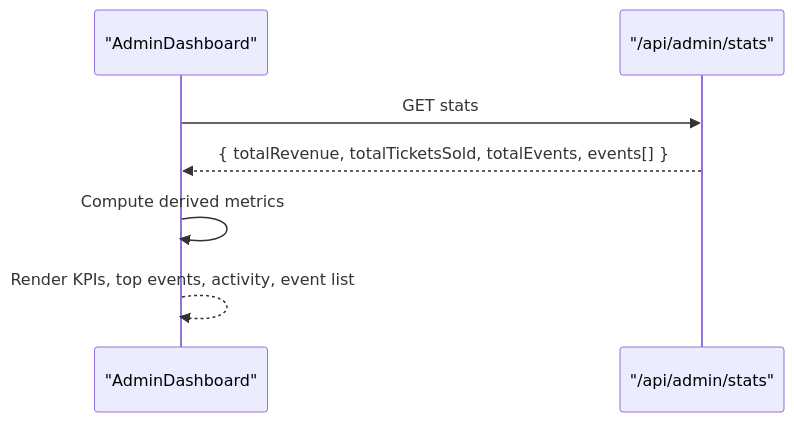
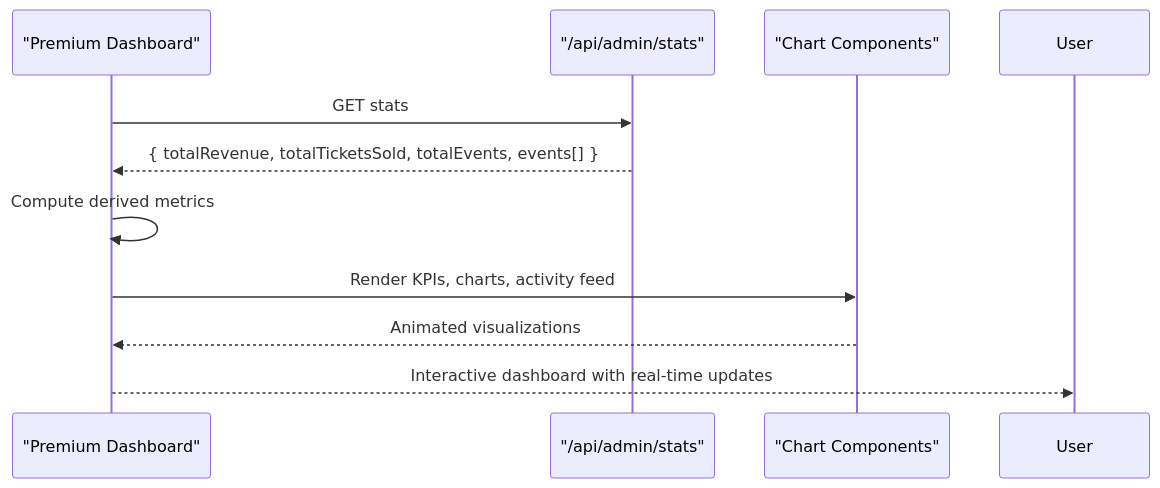
The fourth of 10 diagrams in .qoder/repowiki/en/content/Admin Dashboard/Admin Dashboard.md (ObeyMuchechesi/TicketFlow), drawn with Mermaid before and after one commit. The commit also changed other lines of this file and 12 other files, not shown here.

First line of the commit message:
docs: EcoCash schema columns and project documentation refresh

````diff
--- a/.qoder/repowiki/en/content/Admin Dashboard/Admin Dashboard.md
+++ b/.qoder/repowiki/en/content/Admin Dashboard/Admin Dashboard.md
@@ -188,9 +221,12 @@
 ```mermaid
 sequenceDiagram
-participant Page as "AdminDashboard"
+participant Page as "Premium Dashboard"
 participant API as "/api/admin/stats"
+participant Charts as "Chart Components"
 Page->>API : GET stats
 API-->>Page : { totalRevenue, totalTicketsSold, totalEvents, events[] }
 Page->>Page : Compute derived metrics
-Page-->>Page : Render KPIs, top events, activity, event list
+Page->>Charts : Render KPIs, charts, activity feed
+Charts-->>Page : Animated visualizations
+Page-->>User : Interactive dashboard with real-time updates
 ```
````
